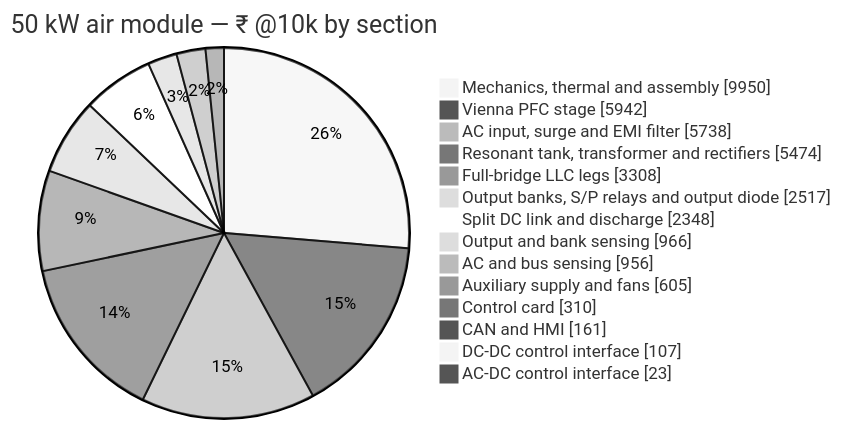
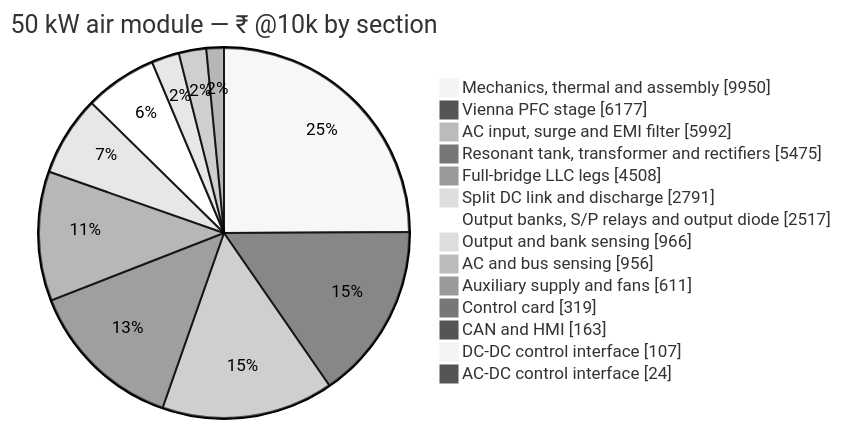
The diagram in docs/bom-50kwa.md (vectivolt/DC-Modules), drawn with Mermaid (neutral theme) before and after one commit. The commit also changed other lines of this file and 883 other files, not shown here.

````diff
--- a/docs/bom-50kwa.md
+++ b/docs/bom-50kwa.md
@@ -33,17 +33,17 @@
 ```mermaid
 pie showData title 50 kW air module — ₹ @10k by section
   "Mechanics, thermal and assembly" : 9950
-  "Vienna PFC stage" : 5942
-  "AC input, surge and EMI filter" : 5738
-  "Resonant tank, transformer and rectifiers" : 5474
-  "Full-bridge LLC legs" : 3308
+  "Vienna PFC stage" : 6177
+  "AC input, surge and EMI filter" : 5992
+  "Resonant tank, transformer and rectifiers" : 5475
+  "Full-bridge LLC legs" : 4508
+  "Split DC link and discharge" : 2791
   "Output banks, S/P relays and output diode" : 2517
-  "Split DC link and discharge" : 2348
   "Output and bank sensing" : 966
   "AC and bus sensing" : 956
-  "Auxiliary supply and fans" : 605
-  "Control card" : 310
-  "CAN and HMI" : 161
+  "Auxiliary supply and fans" : 611
+  "Control card" : 319
+  "CAN and HMI" : 163
   "DC-DC control interface" : 107
-  "AC-DC control interface" : 23
+  "AC-DC control interface" : 24
 ```
````
